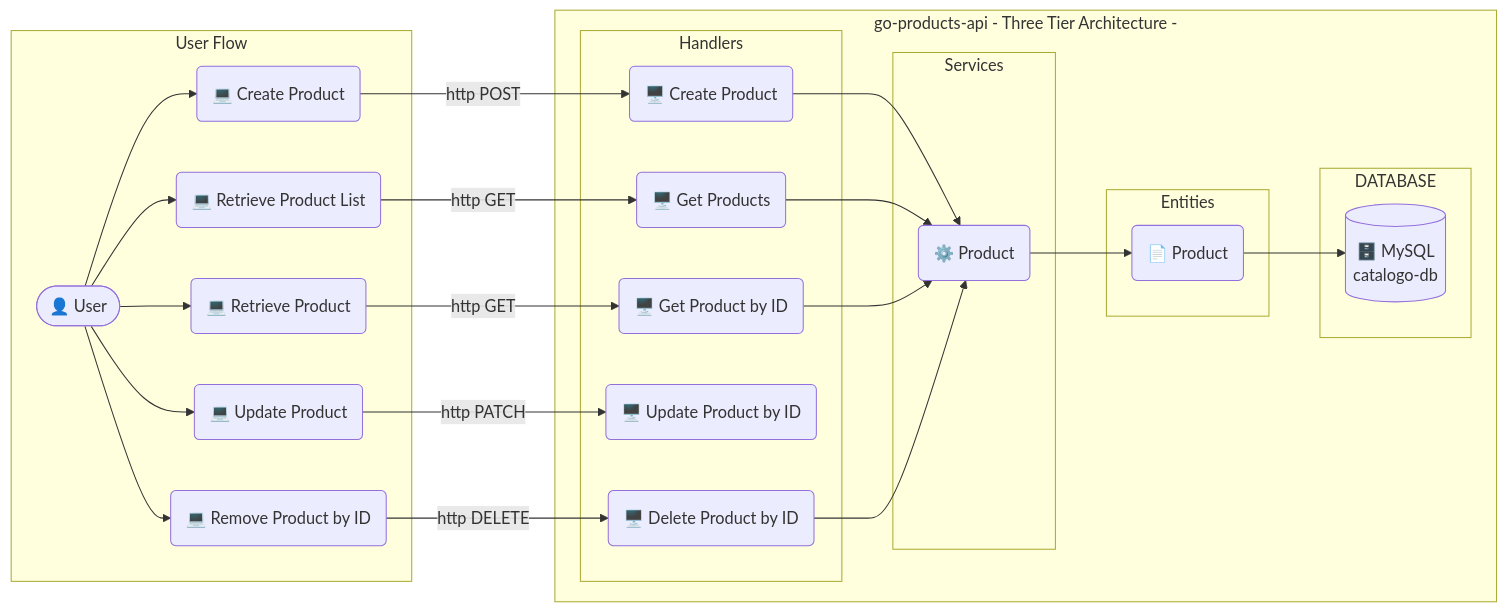
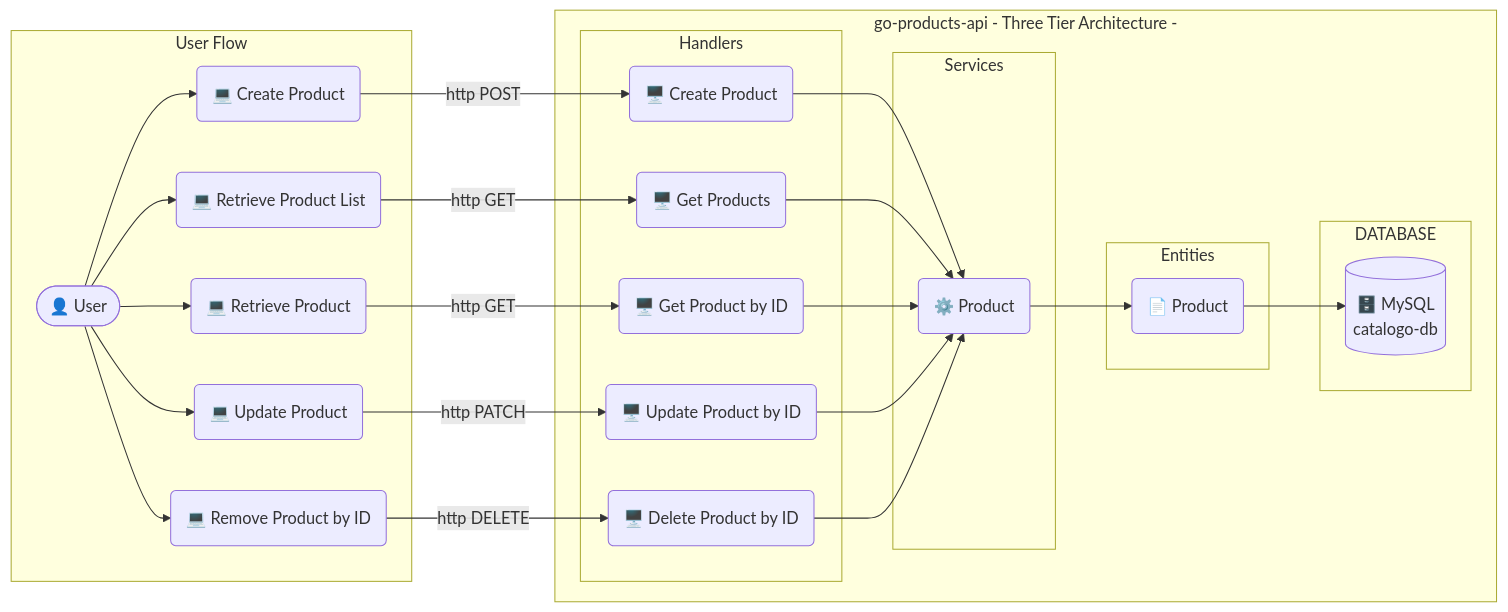
The diagram in README.md (jtonynet/go-products-api), drawn with Mermaid before and after one commit. The commit also changed 5 other files, not shown here.

Commit message:
feat(TDD): service 'use case' Create Product finished

````diff
--- a/README.md
+++ b/README.md
@@ -121,51 +121,52 @@
 ```mermaid
 graph LR
     subgraph User Flow
       ADMIN(["👤 User"])
 
       ADMIN --> CREATE_PRODUCT("💻 Create Product")
       ADMIN --> RETRIEVE_PRODUCT_LIST("💻 Retrieve Product List")
       ADMIN --> RETRIEVE_PRODUCT("💻 Retrieve Product")
       ADMIN --> UPDATE_PRODUCT("💻 Update Product")
       ADMIN --> REMOVE_PRODUCT_BY_ID("💻 Remove Product by ID")
     end
 
     subgraph go-products-api - Three Tier Architecture -
       subgraph Handlers
         API_CREATE_PRODUCT("🖥️ Create Product")
         API_GET_PRODUCTS("🖥️ Get Products")
         API_GET_PRODUCT("🖥️ Get Product by ID")
         API_UPDATE_PRODUCT("🖥️ Update Product by ID")
         API_DELETE_PRODUCT_BY_ID("🖥️ Delete Product by ID")
       end
 
       subgraph Services
         SERVICE_PRODUCT("⚙️ Product")
       end
 
       subgraph Entities
         ENTITY_PRODUCT("📄 Product")
       end
 
       subgraph DATABASE
         CATALOGO_DB[("🗄️ MySQL <br/> catalogo-db")]
       end 
     end
   
 
   CREATE_PRODUCT -->|http POST| API_CREATE_PRODUCT
   RETRIEVE_PRODUCT_LIST -->|http GET| API_GET_PRODUCTS
   RETRIEVE_PRODUCT -->|http GET| API_GET_PRODUCT
   UPDATE_PRODUCT -->|http PATCH| API_UPDATE_PRODUCT
   REMOVE_PRODUCT_BY_ID -->|http DELETE| API_DELETE_PRODUCT_BY_ID
 
 
   API_CREATE_PRODUCT-->SERVICE_PRODUCT
   API_GET_PRODUCTS-->SERVICE_PRODUCT
   API_GET_PRODUCT-->SERVICE_PRODUCT
+  API_UPDATE_PRODUCT-->SERVICE_PRODUCT
   API_DELETE_PRODUCT_BY_ID-->SERVICE_PRODUCT
 
   SERVICE_PRODUCT-->ENTITY_PRODUCT
 
   ENTITY_PRODUCT-->CATALOGO_DB
 ```
````
